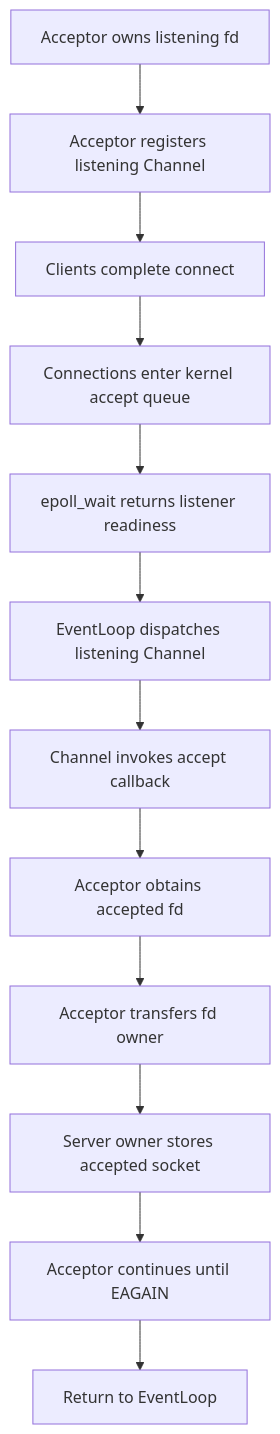
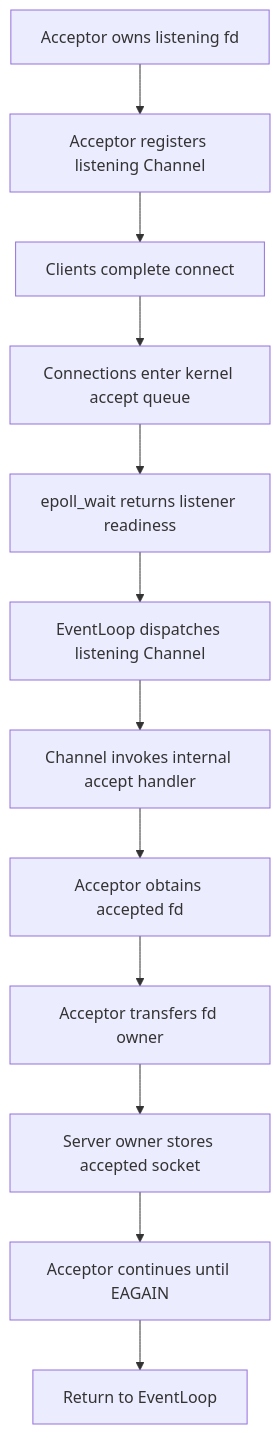
The second of 3 diagrams in week10/day4/day4.md (FxorG00/system-learning-notes), drawn with Mermaid before and after one commit. The commit also changed other lines of this file and 1 other file, not shown here.

````diff
--- a/week10/day4/day4.md
+++ b/week10/day4/day4.md
@@ -112,14 +112,14 @@
 ```mermaid
 flowchart TD
     A["Acceptor owns listening fd"] --> B["Acceptor registers listening Channel"]
     B --> C["Clients complete connect"]
     C --> D["Connections enter kernel accept queue"]
     D --> E["epoll_wait returns listener readiness"]
     E --> F["EventLoop dispatches listening Channel"]
-    F --> G["Channel invokes accept callback"]
+    F --> G["Channel invokes internal accept handler"]
     G --> H["Acceptor obtains accepted fd"]
     H --> I["Acceptor transfers fd owner"]
     I --> J["Server owner stores accepted socket"]
     J --> K["Acceptor continues until EAGAIN"]
     K --> L["Return to EventLoop"]
 ```
````
